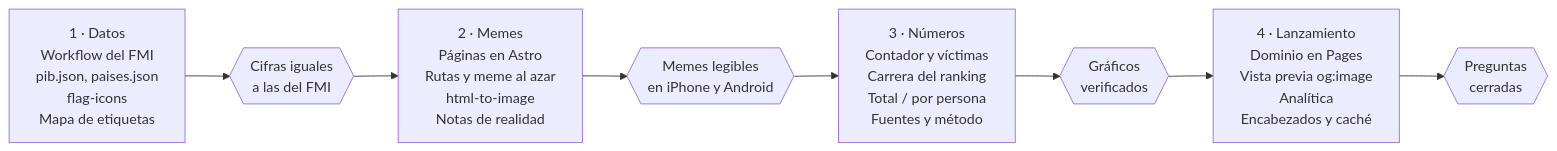
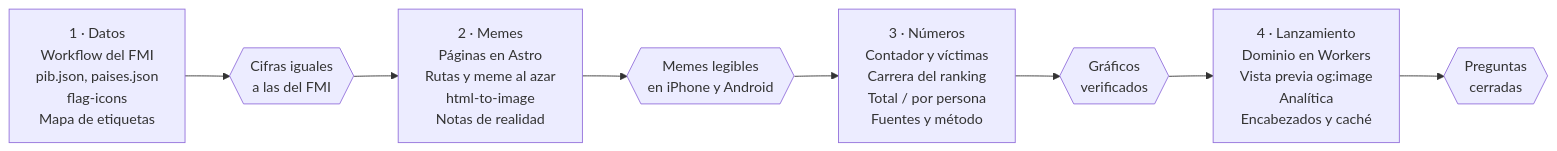
Before and after one commit to jodaz/la-remontada: the second of 2 diagrams in docs/PRD.md, drawn with Mermaid. The commit also changed other lines of this file and 7 other files, not shown here.

Commit message:
Docs: el hosting es Cloudflare Workers (assets estáticos), no Pages

````diff
--- a/docs/PRD.md
+++ b/docs/PRD.md
@@ -411,12 +411,12 @@
 ```mermaid
 flowchart LR
     F1["1 · Datos<br/>Workflow del FMI<br/>pib.json, paises.json<br/>flag-icons<br/>Mapa de etiquetas"]
     G1{{"Cifras iguales<br/>a las del FMI"}}
     F2["2 · Memes<br/>Páginas en Astro<br/>Rutas y meme al azar<br/>html-to-image<br/>Notas de realidad"]
     G2{{"Memes legibles<br/>en iPhone y Android"}}
     F3["3 · Números<br/>Contador y víctimas<br/>Carrera del ranking<br/>Total / por persona<br/>Fuentes y método"]
     G3{{"Gráficos<br/>verificados"}}
-    F4["4 · Lanzamiento<br/>Dominio en Pages<br/>Vista previa og:image<br/>Analítica<br/>Encabezados y caché"]
+    F4["4 · Lanzamiento<br/>Dominio en Workers<br/>Vista previa og:image<br/>Analítica<br/>Encabezados y caché"]
     G4{{"Preguntas<br/>cerradas"}}
     F1 --> G1 --> F2 --> G2 --> F3 --> G3 --> F4 --> G4
 ```
````
